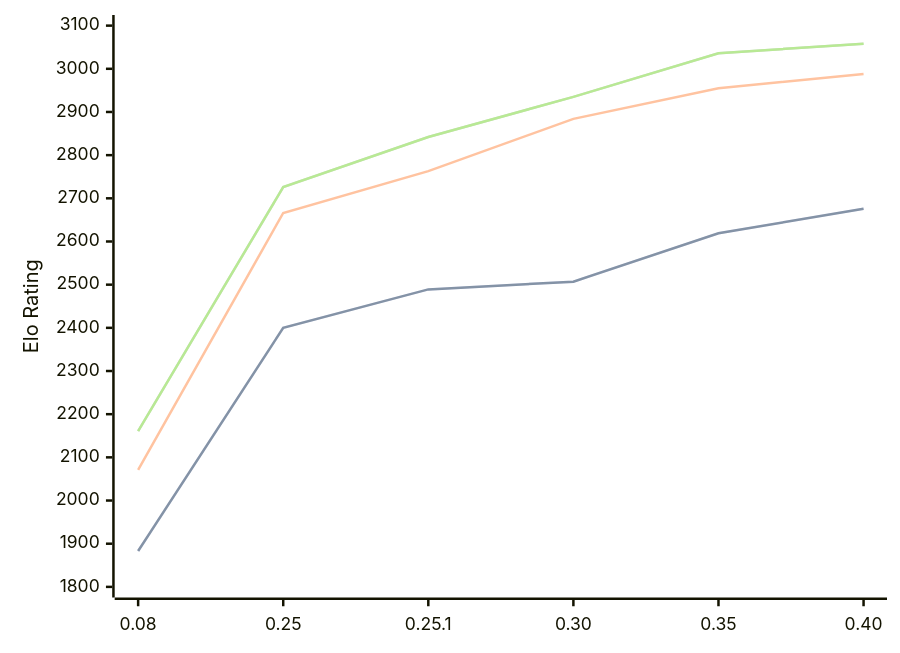
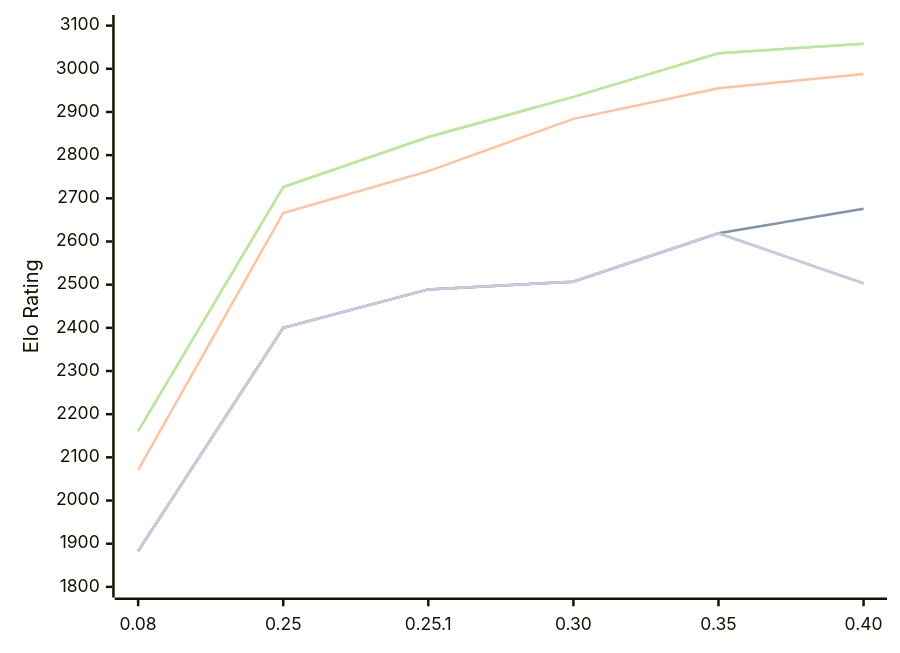
The diagram in engines/Gecko.md (computer-chess-index/cci), drawn with Mermaid before and after one commit. The commit also changed other lines of this file, not shown here.

Commit message:
Update CCI Ratings (ELO VLTC) - 2026-10-11

````diff
--- a/engines/Gecko.md
+++ b/engines/Gecko.md
@@ -52,16 +52,13 @@
 ```mermaid
 %%{init: {"theme":"base","themeVariables":{"seriesColors:['#a3a3a3','#222221','#faa371']}}}%%
 xychart-beta
   x-axis ["0.08", "0.25", "0.25.1", "0.30", "0.35", "0.40"]
   y-axis "Elo Rating" 1800 --> 3100
   line "" [1883, 2400, 2489, 2507, 2619, 2676]
   line "T1: STC (8.0+0.08s)" [1883, 2400, 2489, 2507, 2619, 2676]
   line "T1: LTC (60.0+0.60s)" [2071, 2666, 2763, 2884, 2955, 2988]
   line "" [2161, 2726, 2842, 2935, 3036, 3058]
   line "T1: VLTC (2m24s+1.12s)" [2161, 2726, 2842, 2935, 3036, 3058]
-  line "" [2492]
-  line "E1: STC (8.0+0.08s)" [2492]
-  line "E1: LTC (60.0+0.60s)" [2884]
-  line "" [2959]
-  line "E1: VLTC (2m24s+1.12s)" [2959]
+  line "" [1883, 2400, 2489, 2507, 2619,2503]
+  line "E1: STC (8.0+0.08s)" [1883, 2400, 2489, 2507, 2619,2503]
 ```
````
